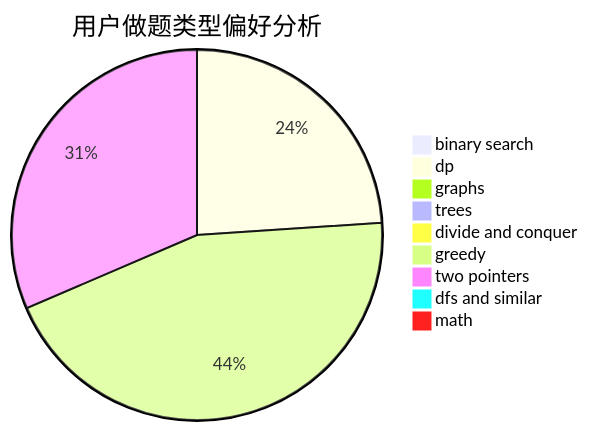
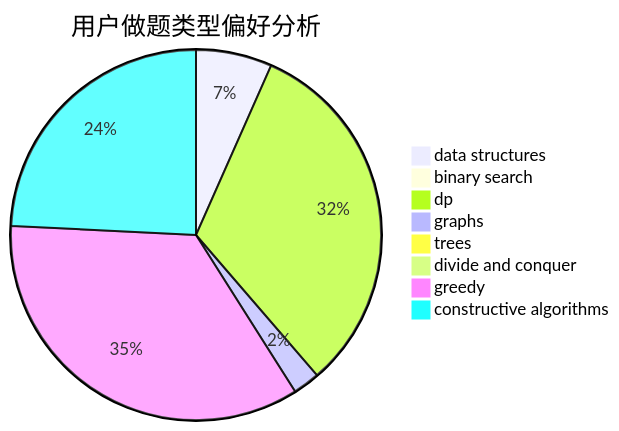
One commit to sherpahu/cfrs.github.io changed the second of 3 diagrams in docs/user/u1971.md. Above: the diagram before and after it, drawn with Mermaid. The commit also changed other lines of this file and 2775 other files, not shown here.

````diff
--- a/docs/user/u1971.md
+++ b/docs/user/u1971.md
@@ -23,12 +23,11 @@
 ```mermaid
 pie title 用户做题类型偏好分析
-    "binary search" :  3
-    "dp" :  153
+    "data structures" :  17
+    "binary search" :  0
+    "dp" :  82
     "graphs" :  6
     "trees" :  0
     "divide and conquer" :  0
-    "greedy" :  285
-    "two pointers" :  201
-    "dfs and similar" :  0
-    "math" :  0
+    "greedy" :  89
+    "constructive algorithms" :  62
 ```
````
